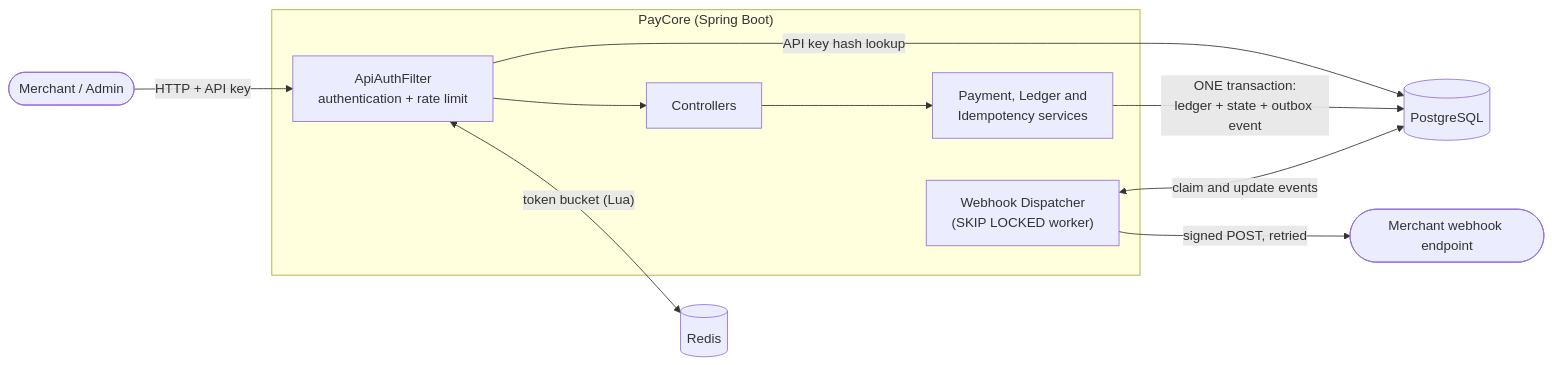
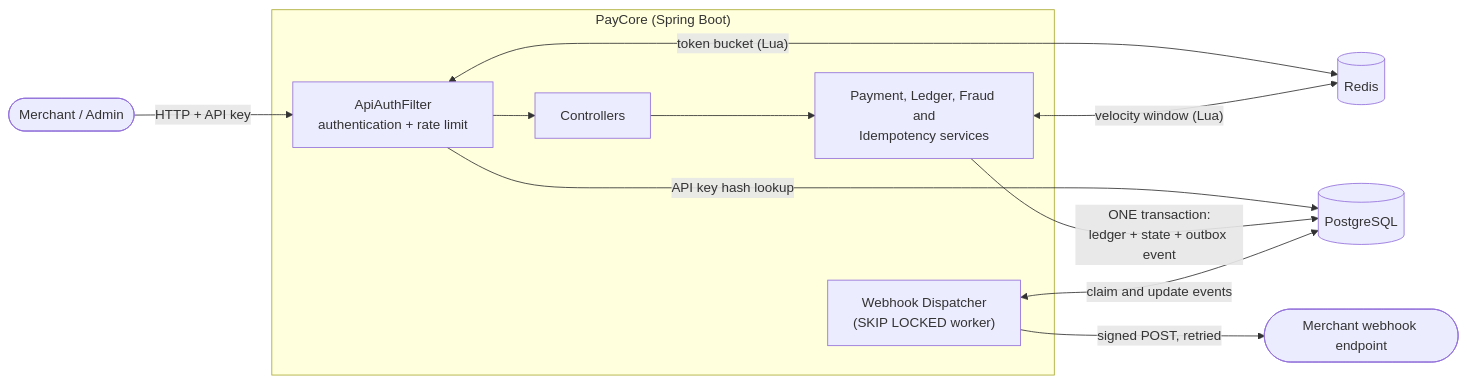
One commit to nishitatanna2028-source/Paycore changed the first of 2 diagrams in README.md. Above: the diagram before and after it, drawn with Mermaid. The commit also changed other lines of this file and 19 other files, not shown here.

````diff
--- a/README.md
+++ b/README.md
@@ -55,16 +60,17 @@
 ```mermaid
 flowchart LR
     Client([Merchant / Admin]) -->|"HTTP + API key"| Filter
 
     subgraph PayCore["PayCore (Spring Boot)"]
         Filter["ApiAuthFilter<br/>authentication + rate limit"] --> Controllers
-        Controllers --> Services["Payment, Ledger and<br/>Idempotency services"]
+        Controllers --> Services["Payment, Ledger, Fraud and<br/>Idempotency services"]
         Dispatcher["Webhook Dispatcher<br/>(SKIP LOCKED worker)"]
     end
 
     Filter <-->|"token bucket (Lua)"| Redis[(Redis)]
+    Services <-->|"velocity window (Lua)"| Redis
     Filter -->|"API key hash lookup"| PG[(PostgreSQL)]
     Services -->|"ONE transaction:<br/>ledger + state + outbox event"| PG
     Dispatcher <-->|"claim and update events"| PG
     Dispatcher -->|"signed POST, retried"| Merchant([Merchant webhook endpoint])
 ```
````
